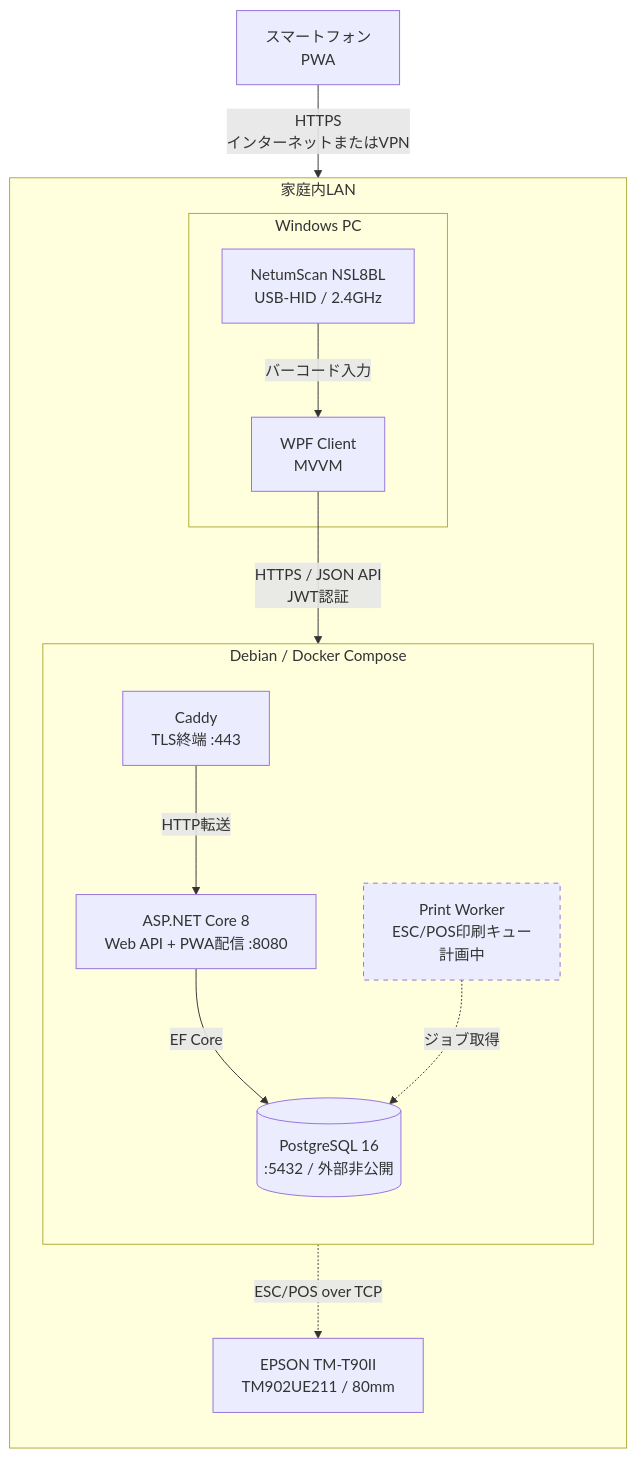
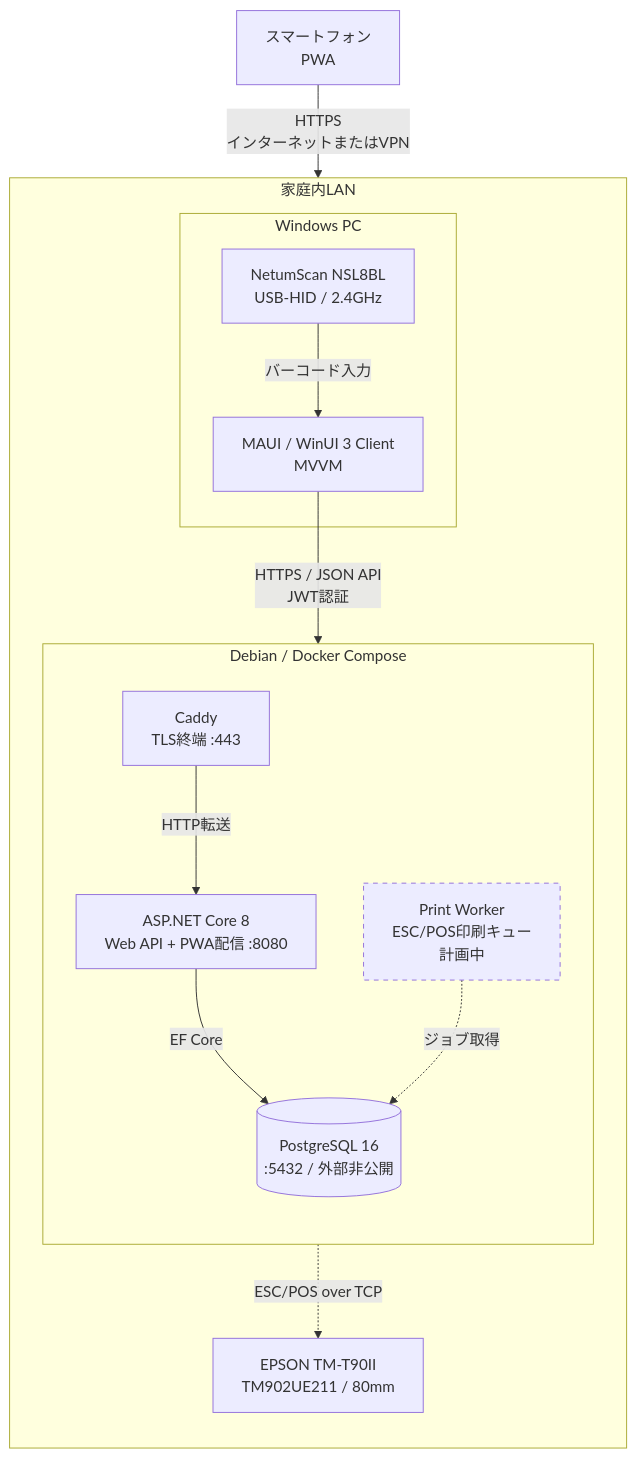
The diagram in docs/architecture.md (Factory-KJC/inventorymanagement), drawn with Mermaid before and after one commit. The commit also changed other lines of this file and 55 other files, not shown here.

````diff
--- a/docs/architecture.md
+++ b/docs/architecture.md
@@ -103,36 +103,36 @@
 ```mermaid
 flowchart TB
     Mobile["スマートフォン<br/>PWA"]
 
     subgraph Home["家庭内LAN"]
         direction TB
 
         subgraph Windows["Windows PC"]
-            WPF["WPF Client<br/>MVVM"]
+            WPF["MAUI / WinUI 3 Client<br/>MVVM"]
             Scanner["NetumScan NSL8BL<br/>USB-HID / 2.4GHz"]
             Scanner -->|"バーコード入力"| WPF
         end
 
         Printer["EPSON TM-T90II<br/>TM902UE211 / 80mm"]
 
         subgraph Linux["Debian / Docker Compose"]
             direction TB
             Caddy["Caddy<br/>TLS終端 :443"]
             API["ASP.NET Core 8<br/>Web API + PWA配信 :8080"]
             DB[("PostgreSQL 16<br/>:5432 / 外部非公開")]
             Worker["Print Worker<br/>ESC/POS印刷キュー<br/>計画中"]
 
             Caddy -->|"HTTP転送"| API
             API -->|"EF Core"| DB
             Worker -.->|"ジョブ取得"| DB
         end
 
         WPF -->|"HTTPS / JSON API<br/>JWT認証"| Caddy
         Worker -.->|"ESC/POS over TCP"| Printer
     end
 
     Mobile -->|"HTTPS<br/>インターネットまたはVPN"| Caddy
 
     classDef planned stroke-dasharray: 5 5
     class Worker planned
 ```
````
